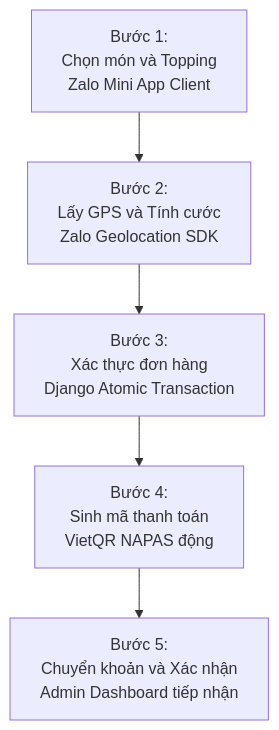
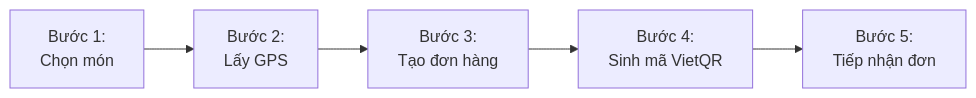
The first of 3 diagrams in content/posts/bep-di-6-zalo-mini-app-ordering-platform.md (nguyengoctin/my_website), drawn with Mermaid before and after one commit. The commit also changed 32 other files, not shown here.

````diff
--- a/content/posts/bep-di-6-zalo-mini-app-ordering-platform.md
+++ b/content/posts/bep-di-6-zalo-mini-app-ordering-platform.md
@@ -35,12 +35,7 @@
 ```mermaid
-flowchart TD
-    Step1["Bước 1:<br/>Chọn món và Topping<br/>Zalo Mini App Client"]
-    Step2["Bước 2:<br/>Lấy GPS và Tính cước<br/>Zalo Geolocation SDK"]
-    Step3["Bước 3:<br/>Xác thực đơn hàng<br/>Django Atomic Transaction"]
-    Step4["Bước 4:<br/>Sinh mã thanh toán<br/>VietQR NAPAS động"]
-    Step5["Bước 5:<br/>Chuyển khoản và Xác nhận<br/>Admin Dashboard tiếp nhận"]
-    Step1 --> Step2
-    Step2 --> Step3
-    Step3 --> Step4
-    Step4 --> Step5
+flowchart LR
+    Step1["Bước 1:<br/>Chọn món"] --> Step2["Bước 2:<br/>Lấy GPS"]
+    Step2 --> Step3["Bước 3:<br/>Tạo đơn hàng"]
+    Step3 --> Step4["Bước 4:<br/>Sinh mã VietQR"]
+    Step4 --> Step5["Bước 5:<br/>Tiếp nhận đơn"]
 ```
````
